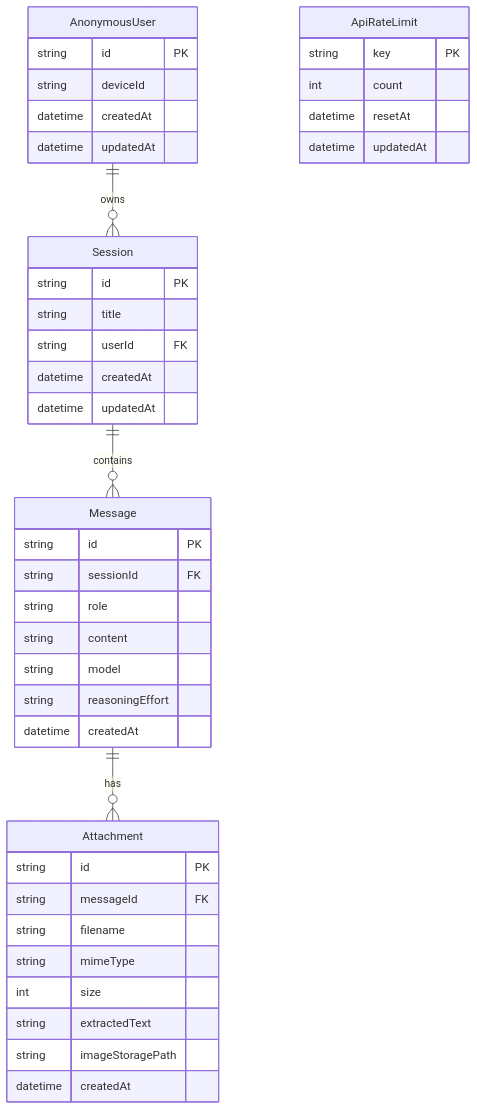
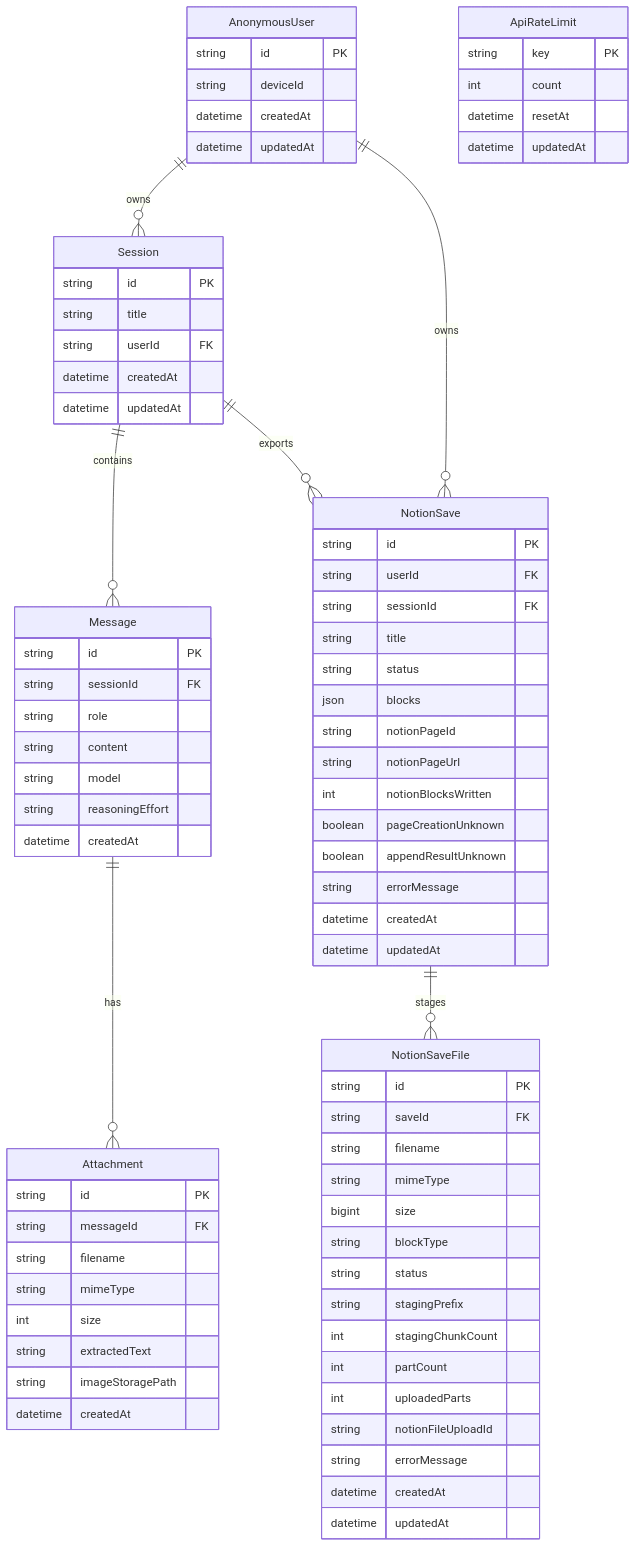
One commit to kakumine2001/NoteFable changed the diagram in docs/architecture/database.md. Above: the diagram before and after it, drawn with Mermaid. The commit also changed other lines of this file and 43 other files, not shown here.

Commit message:
Add Notion file export and guard provider output and save retries

````diff
--- a/docs/architecture/database.md
+++ b/docs/architecture/database.md
@@ -58,6 +58,9 @@
     AnonymousUser ||--o{ Session : owns
     Session ||--o{ Message : contains
     Message ||--o{ Attachment : has
+    AnonymousUser ||--o{ NotionSave : owns
+    Session ||--o{ NotionSave : exports
+    NotionSave ||--o{ NotionSaveFile : stages
 
     AnonymousUser {
         string id PK
@@ -101,4 +104,39 @@
         datetime resetAt
         datetime updatedAt
     }
+
+    NotionSave {
+        string id PK
+        string userId FK
+        string sessionId FK
+        string title
+        string status
+        json blocks
+        string notionPageId
+        string notionPageUrl
+        int notionBlocksWritten
+        boolean pageCreationUnknown
+        boolean appendResultUnknown
+        string errorMessage
+        datetime createdAt
+        datetime updatedAt
+    }
+
+    NotionSaveFile {
+        string id PK
+        string saveId FK
+        string filename
+        string mimeType
+        bigint size
+        string blockType
+        string status
+        string stagingPrefix
+        int stagingChunkCount
+        int partCount
+        int uploadedParts
+        string notionFileUploadId
+        string errorMessage
+        datetime createdAt
+        datetime updatedAt
+    }
 ```
````
